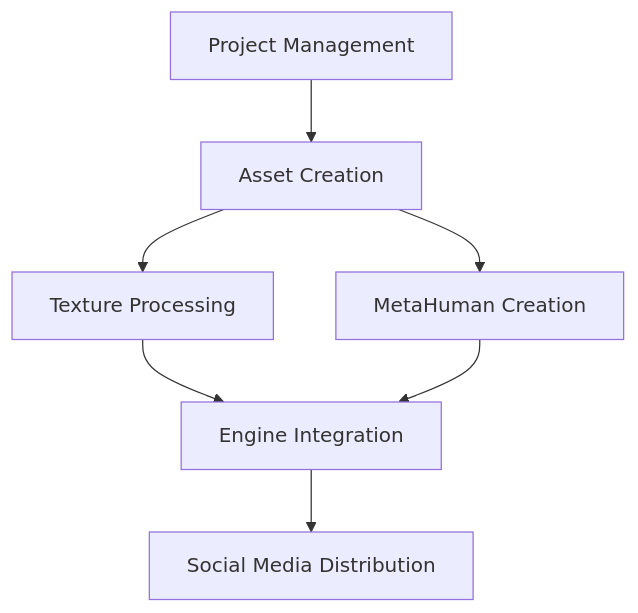
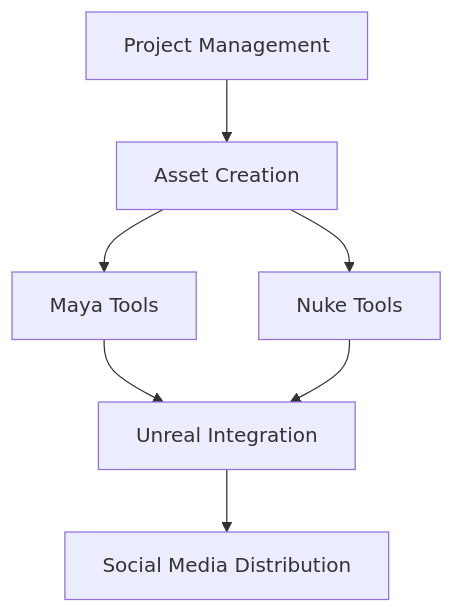
Before and after one commit to efieldsVFX/Scripts: the diagram in ProductionScripts/README.md, drawn with Mermaid. The commit also changed other lines of this file and 115 other files, not shown here.

````diff
--- a/ProductionScripts/README.md
+++ b/ProductionScripts/README.md
@@ -14,9 +16,9 @@
 ```mermaid
 graph TD
     A[Project Management] --> B[Asset Creation]
-    B --> C[Texture Processing]
-    B --> D[MetaHuman Creation]
-    C --> E[Engine Integration]
+    B --> C[Maya Tools]
+    B --> D[Nuke Tools]
+    C --> E[Unreal Integration]
     D --> E
     E --> F[Social Media Distribution]
 ```
````
